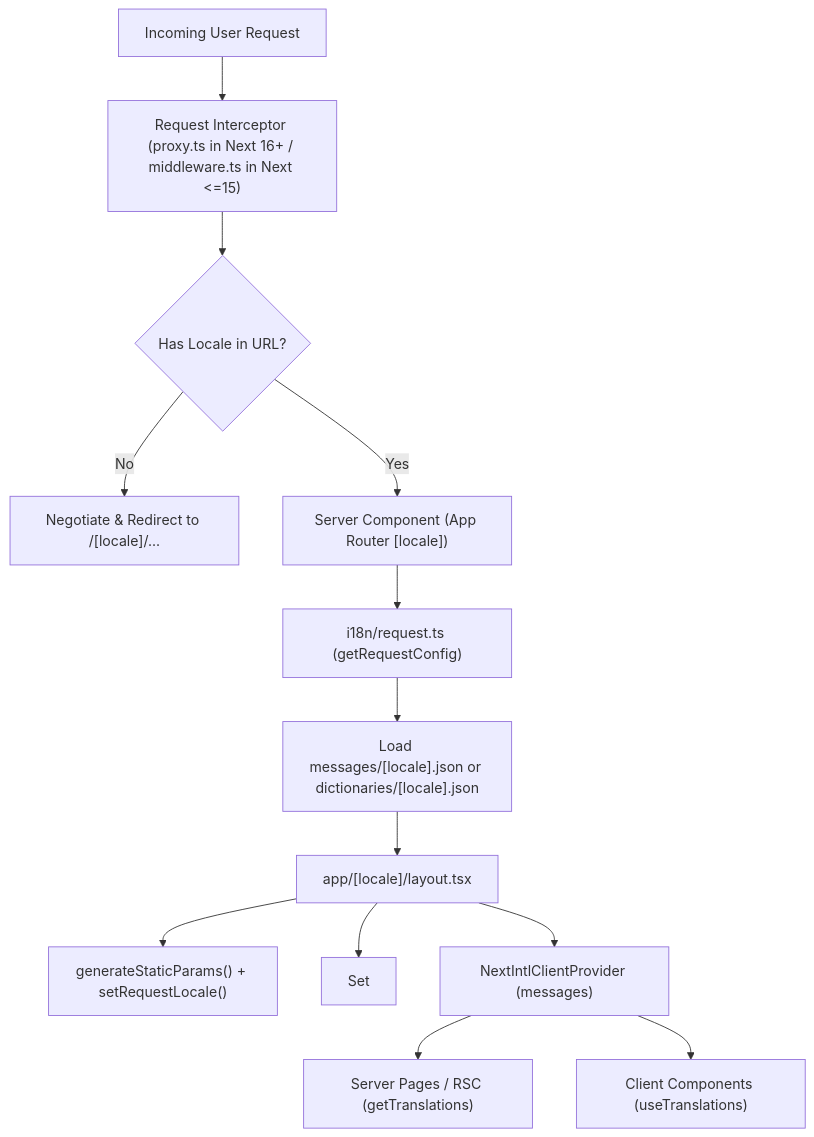
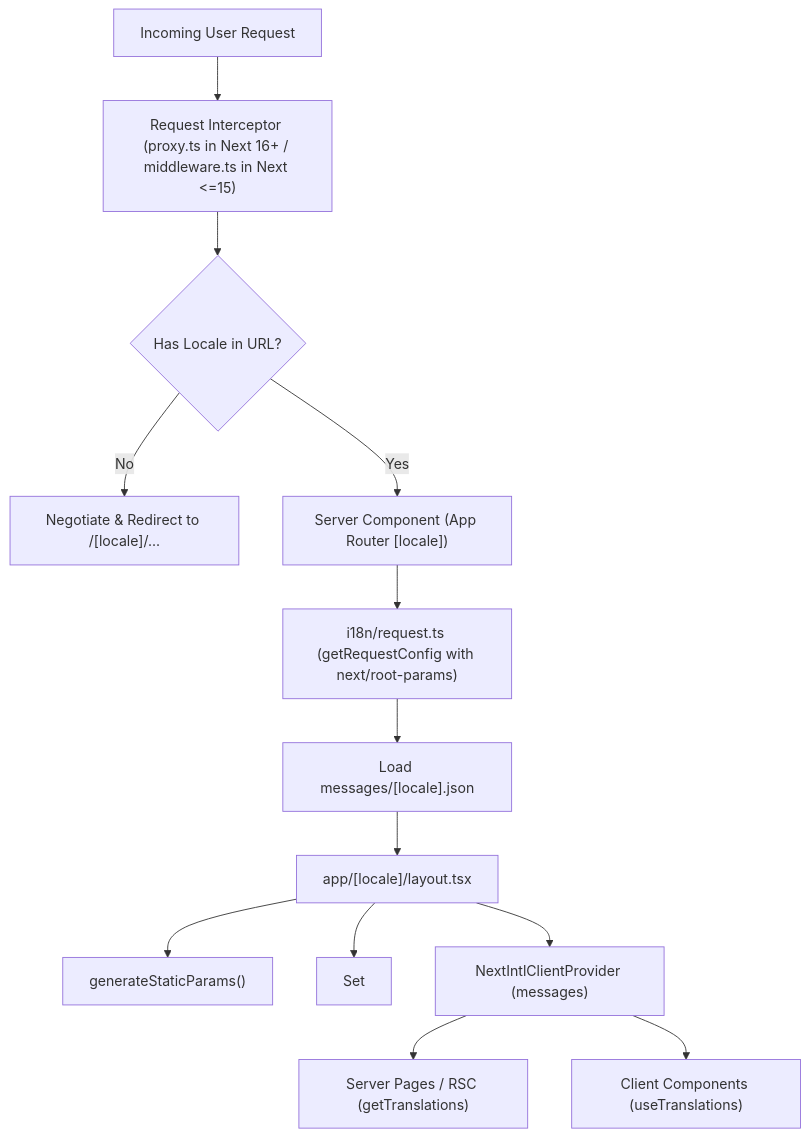
One commit to BIGboss248/aminwebsite changed the diagram in .agents/skills/nextjs-i18n/SKILL.md. Above: the diagram before and after it, drawn with Mermaid. The commit also changed other lines of this file and 1 other file, not shown here.

````diff
--- a/.agents/skills/nextjs-i18n/SKILL.md
+++ b/.agents/skills/nextjs-i18n/SKILL.md
@@ -28,18 +30,18 @@
 ```mermaid
 flowchart TD
     Req[Incoming User Request] --> ProxyMW["Request Interceptor (proxy.ts in Next 16+ / middleware.ts in Next <=15)"]
     ProxyMW --> RouteCheck{"Has Locale in URL?"}
     RouteCheck -- No --> Redir["Negotiate & Redirect to /[locale]/..."]
     RouteCheck -- Yes --> RSC["Server Component (App Router [locale])"]
 
-    RSC --> ReqConfig["i18n/request.ts (getRequestConfig)"]
-    ReqConfig --> LoadDict["Load messages/[locale].json or dictionaries/[locale].json"]
+    RSC --> ReqConfig["i18n/request.ts (getRequestConfig with next/root-params)"]
+    ReqConfig --> LoadDict["Load messages/[locale].json"]
     LoadDict --> RootLayout["app/[locale]/layout.tsx"]
 
-    RootLayout --> StaticOpt["generateStaticParams() + setRequestLocale()"]
+    RootLayout --> StaticOpt["generateStaticParams()"]
     RootLayout --> DirLang["Set <html lang=locale dir=ltr/rtl>"]
     RootLayout --> ClientProv["NextIntlClientProvider (messages)"]
 
     ClientProv --> RSCPage["Server Pages / RSC (getTranslations)"]
     ClientProv --> ClientComp["Client Components (useTranslations)"]
 ```
````
